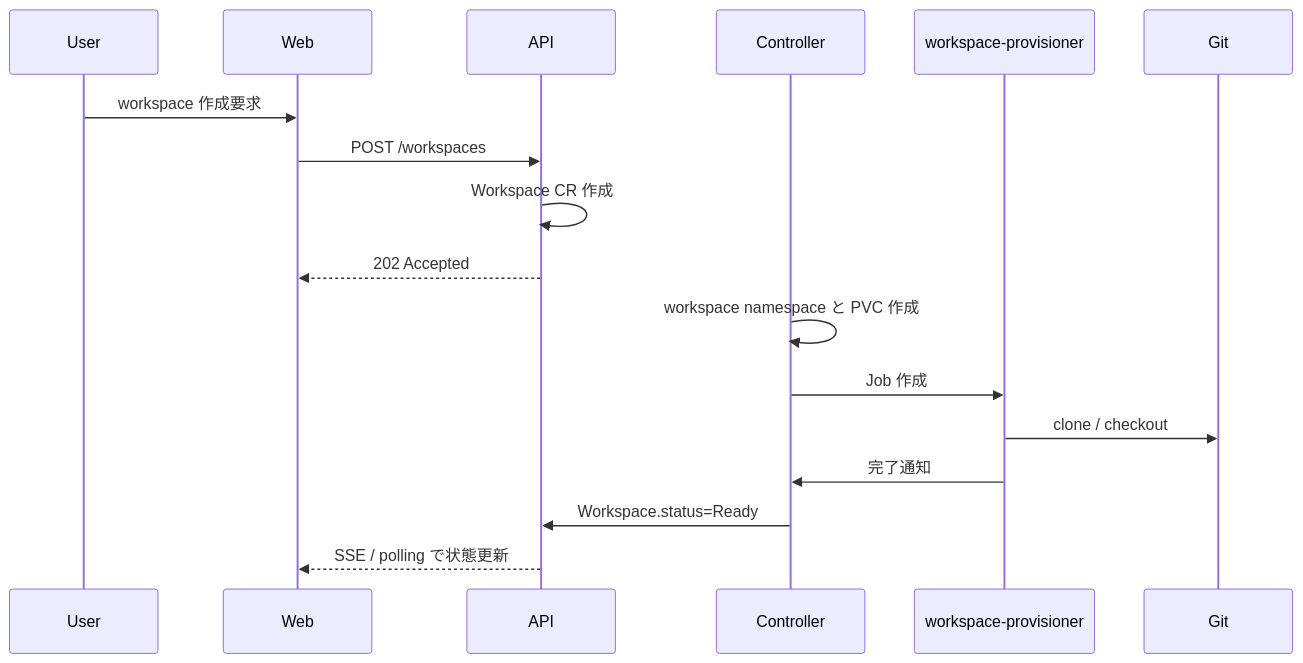
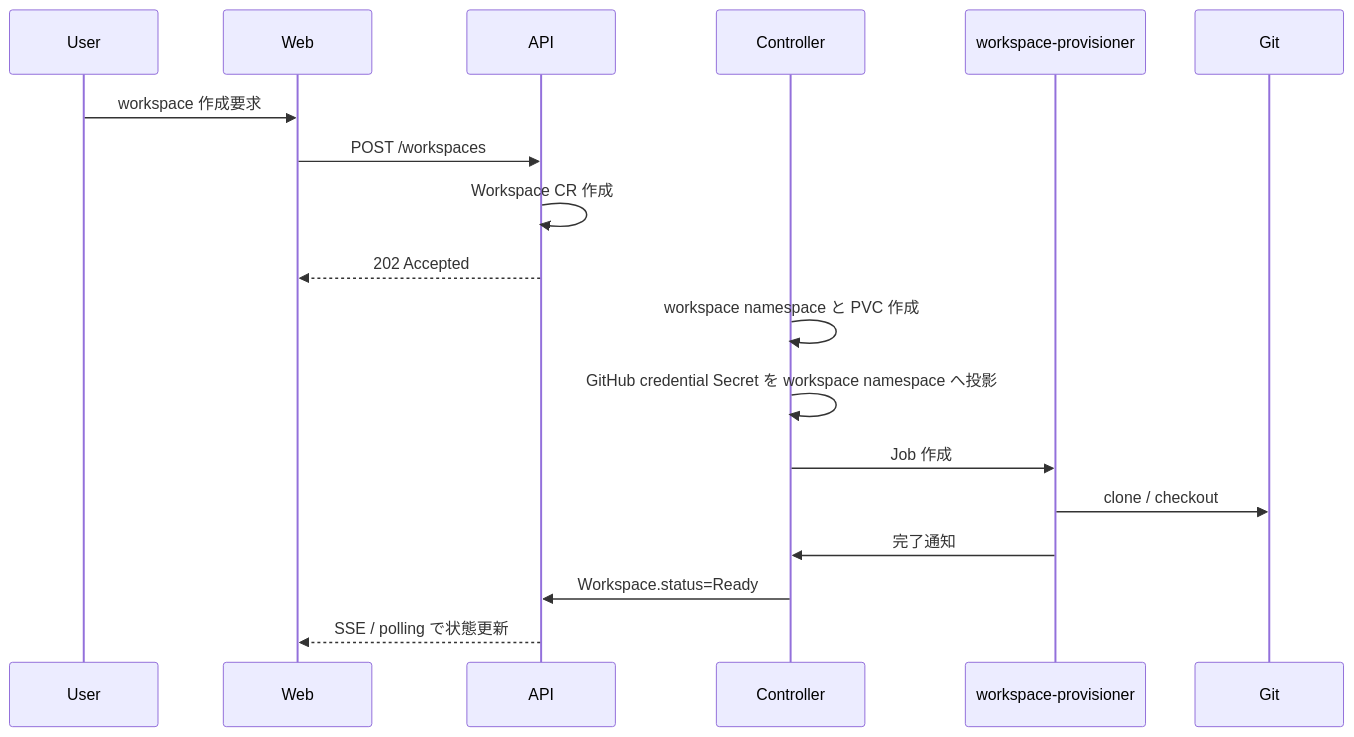
The fifth of 8 diagrams in docs/reference/orchestrator-basic-design.md (chalharu/copilot-sandbox-container), drawn with Mermaid before and after one commit. The commit also changed other lines of this file and 2 other files, not shown here.

````diff
--- a/docs/reference/orchestrator-basic-design.md
+++ b/docs/reference/orchestrator-basic-design.md
@@ -363,20 +459,21 @@
 ```mermaid
 sequenceDiagram
   participant U as User
   participant W as Web
   participant A as API
   participant C as Controller
   participant J as workspace-provisioner
   participant G as Git
 
   U->>W: workspace 作成要求
   W->>A: POST /workspaces
   A->>A: Workspace CR 作成
   A-->>W: 202 Accepted
   C->>C: workspace namespace と PVC 作成
+  C->>C: GitHub credential Secret を workspace namespace へ投影
   C->>J: Job 作成
   J->>G: clone / checkout
   J->>C: 完了通知
   C->>A: Workspace.status=Ready
   A-->>W: SSE / polling で状態更新
 ```
````
